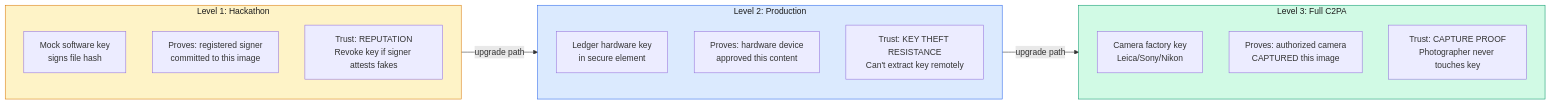
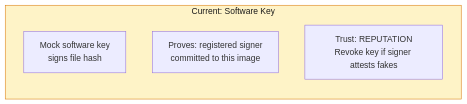
Before and after one commit to pycckuu/proof-frame: the sixth of 13 diagrams in docs/DIAGRAMS.md, drawn with Mermaid. The commit also changed other lines of this file and 8 other files, not shown here.

````diff
--- a/docs/DIAGRAMS.md
+++ b/docs/DIAGRAMS.md
@@ -240,27 +240,10 @@
 ```mermaid
 graph LR
-    subgraph L1["Level 1: Hackathon"]
+    subgraph L1["Current: Software Key"]
         L1S["Mock software key<br/>signs file hash"]
         L1P["Proves: registered signer<br/>committed to this image"]
         L1T["Trust: REPUTATION<br/>Revoke key if signer attests fakes"]
     end
 
-    subgraph L2["Level 2: Production"]
-        L2S["Ledger hardware key<br/>in secure element"]
-        L2P["Proves: hardware device<br/>approved this content"]
-        L2T["Trust: KEY THEFT RESISTANCE<br/>Can't extract key remotely"]
-    end
-
-    subgraph L3["Level 3: Full C2PA"]
-        L3S["Camera factory key<br/>Leica/Sony/Nikon"]
-        L3P["Proves: authorized camera<br/>CAPTURED this image"]
-        L3T["Trust: CAPTURE PROOF<br/>Photographer never touches key"]
-    end
-
-    L1 -->|"upgrade path"| L2
-    L2 -->|"upgrade path"| L3
-
     style L1 fill:#fef3c7,stroke:#d97706,color:#1a1a1a
-    style L2 fill:#dbeafe,stroke:#2563eb,color:#1a1a1a
-    style L3 fill:#d1fae5,stroke:#059669,color:#1a1a1a
 ```
````
